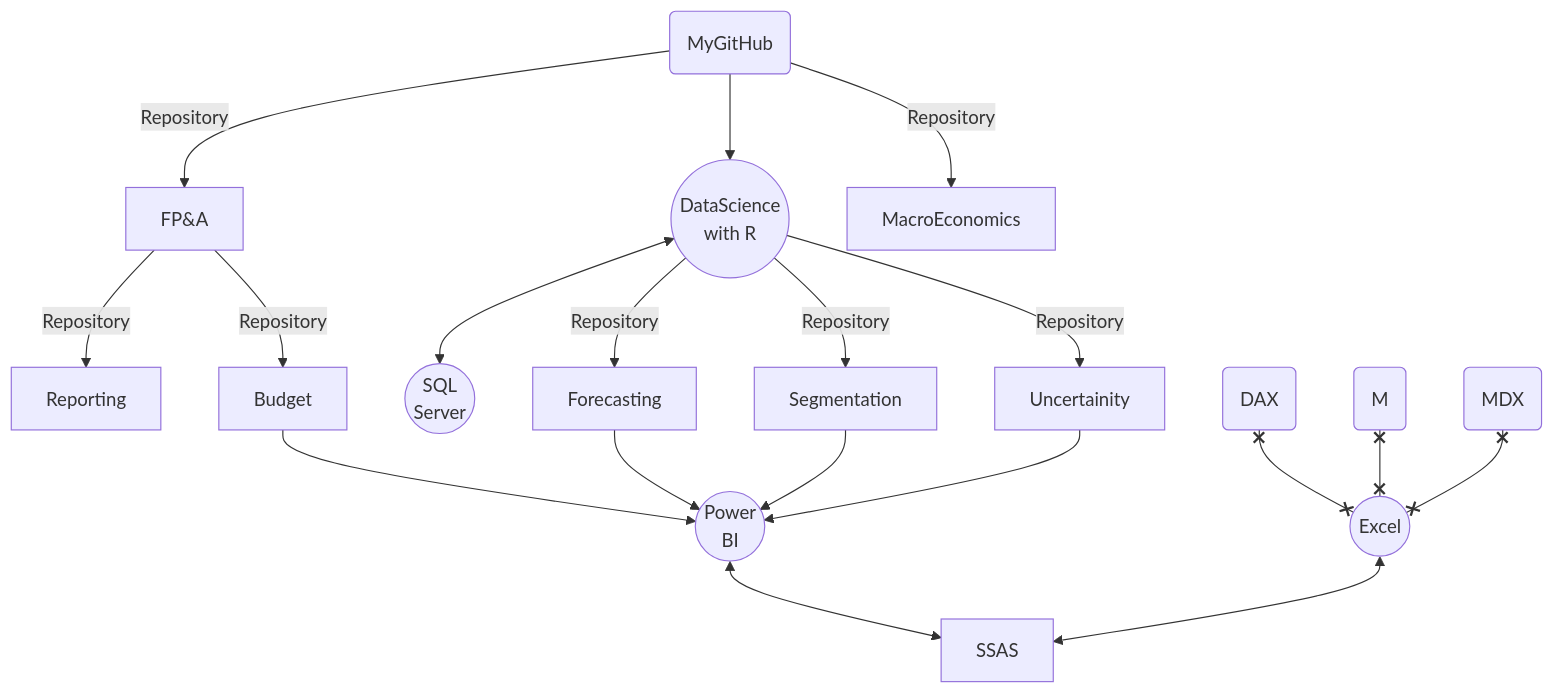
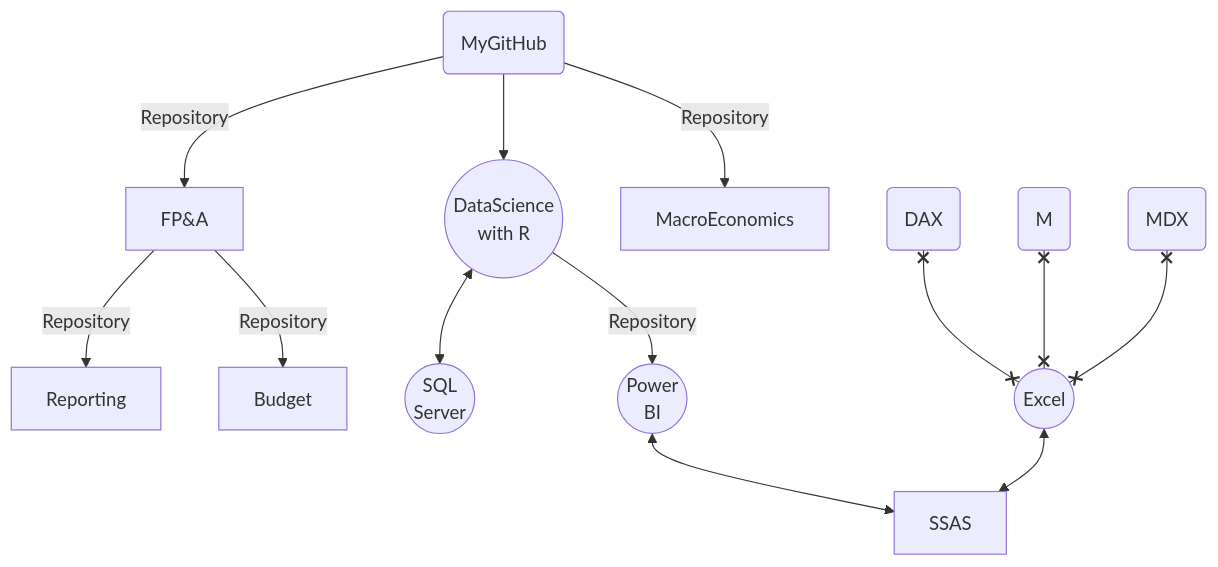
The diagram in README.md (md3629/md3629), drawn with Mermaid before and after one commit.

````diff
--- a/README.md
+++ b/README.md
@@ -4,24 +4,18 @@
 ```mermaid
 graph TD;
     my(MyGitHub)-->|Repository|FP&A;
     FP&A-->|Repository|Reporting;
     FP&A-->|Repository|Budget;
     my(MyGitHub)-->a((DataScience<br> with R))
        
     my(MyGitHub)-->|Repository|MacroEconomics;
     a((DataScience<br> with R))<-->SQL((SQL<br>Server))
-    a((DataScience<br> with R))--Repository-->Forecasting;
-    a((DataScience<br> with R))--Repository-->Segmentation;
-    a((DataScience<br> with R))--Repository-->Uncertainity;
-    Uncertainity-->P((Power<br>BI));
-    Forecasting-->P((Power<br>BI));
-    Segmentation-->P((Power<br>BI));
-    Budget-->P((Power<br>BI));
-    
+    a((DataScience<br> with R))--Repository-->P((Power<br>BI));
+        
     D(DAX)x--xE((Excel));
     M(M)x--xE((Excel));
     
     A(MDX)x--xE((Excel));
     E((Excel))<-->SSAS;
     P((Power<br>BI))<-->SSAS;
 ```
````
